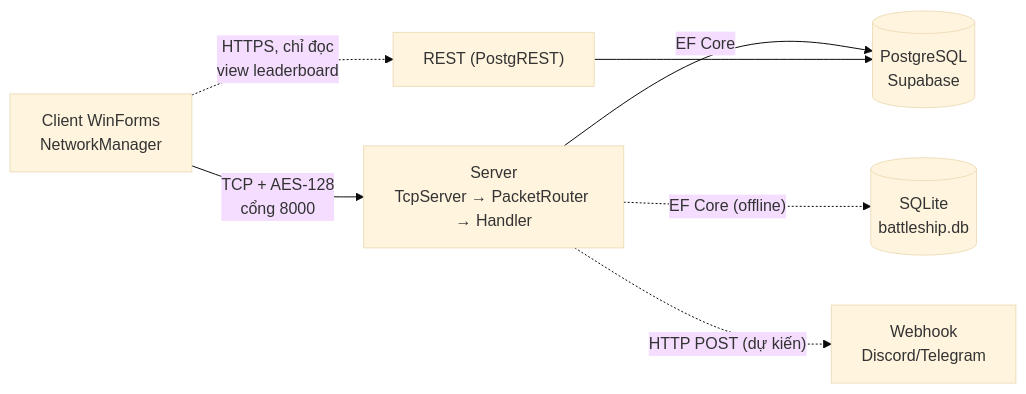
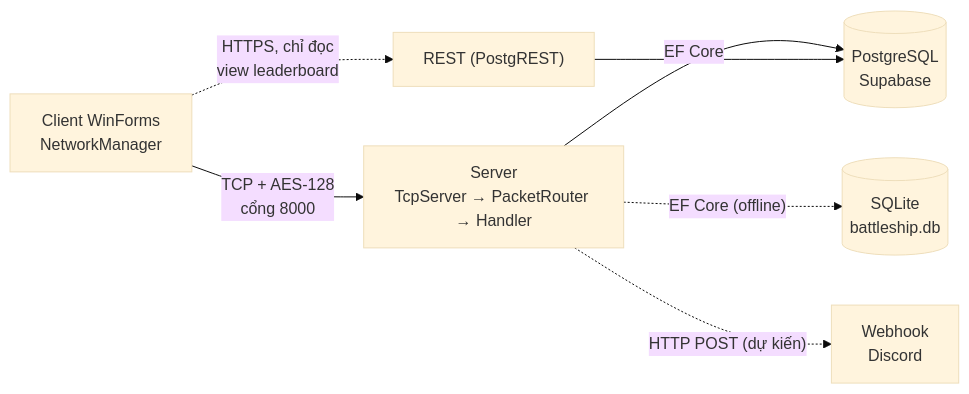
One commit to h2okisme57/NT106_Proj changed the first of 2 diagrams in README.md. Above: the diagram before and after it, drawn with Mermaid (base theme). The commit also changed other lines of this file and 5 other files, not shown here.

Commit message:
Docs: chi lam Discord (bo Telegram), ve lai so do kien truc cho gon

````diff
--- a/README.md
+++ b/README.md
@@ -13,9 +13,9 @@
 ```mermaid
 flowchart LR
     C["Client WinForms<br/>NetworkManager"] -- "TCP + AES-128<br/>cổng 8000" --> S["Server<br/>TcpServer → PacketRouter → Handler"]
     S -- "EF Core" --> DB[("PostgreSQL<br/>Supabase")]
     S -. "EF Core (offline)" .-> LT[("SQLite<br/>battleship.db")]
     C -. "HTTPS, chỉ đọc<br/>view leaderboard" .-> R["REST (PostgREST)"]
     R --> DB
-    S -. "HTTP POST (dự kiến)" .-> W["Webhook<br/>Discord/Telegram"]
+    S -. "HTTP POST (dự kiến)" .-> W["Webhook<br/>Discord"]
 ```
````
